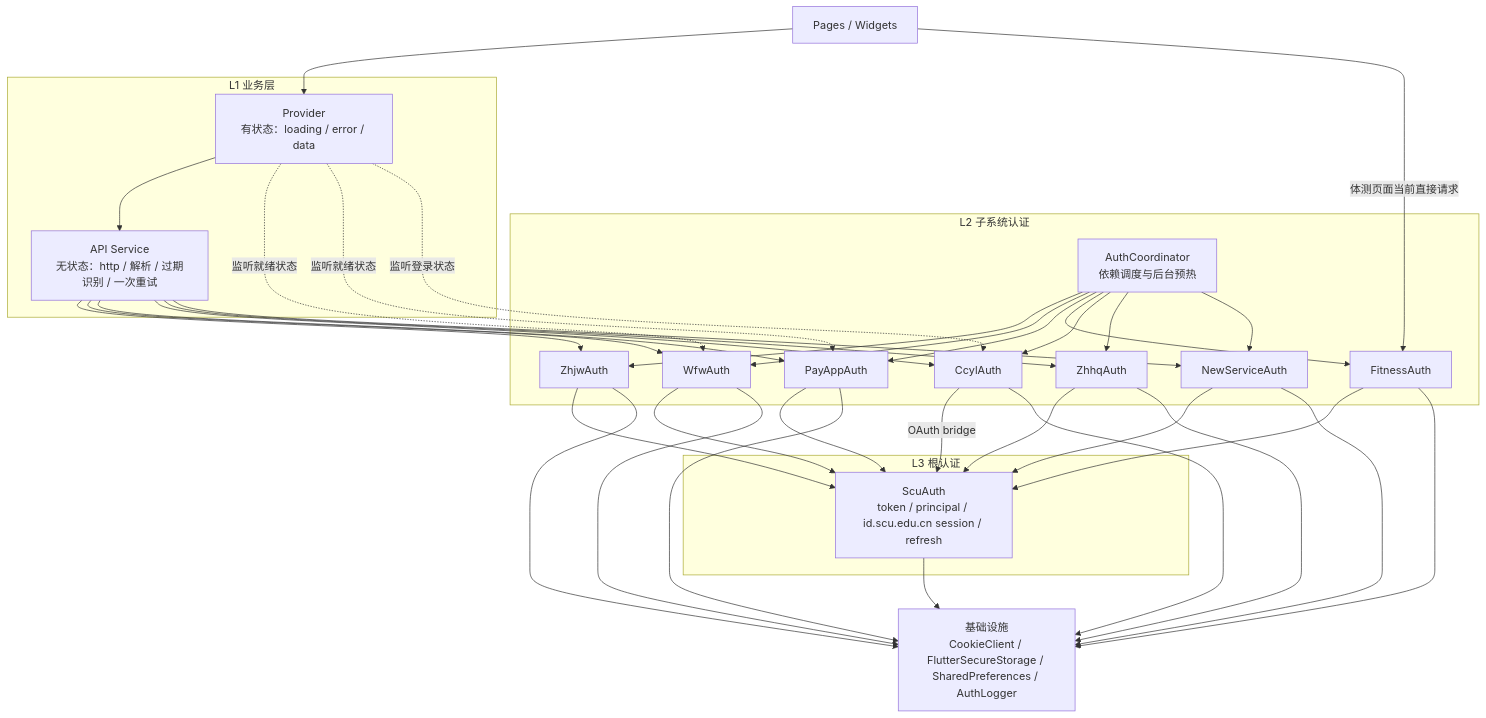
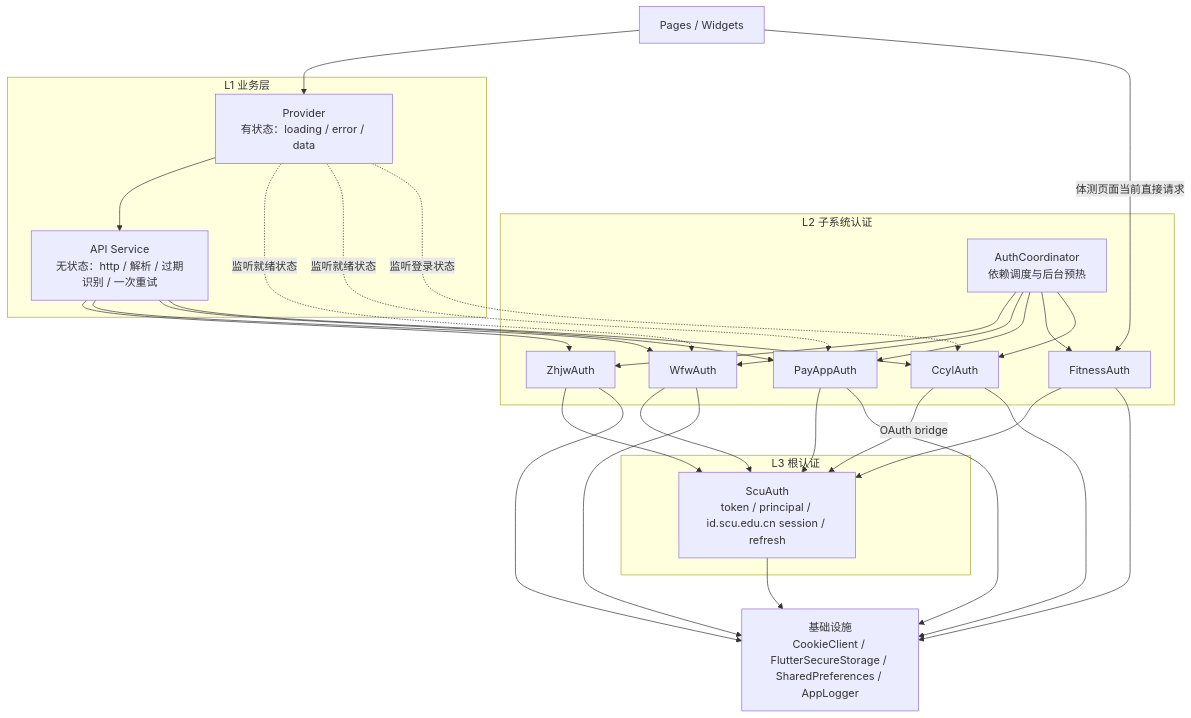
The first of 5 diagrams in docs/develop/architecture/authentication.md (The-Brotherhood-of-SCU/Bugaoshan_docs_page), drawn with Mermaid before and after one commit. The commit also changed other lines of this file and 33 other files, not shown here.

````diff
--- a/docs/develop/architecture/authentication.md
+++ b/docs/develop/architecture/authentication.md
@@ -47,61 +44,51 @@
 ```mermaid
 flowchart TB
     UI[Pages / Widgets]
 
     subgraph L1["L1 业务层"]
         P["Provider<br/>有状态：loading / error / data"]
         API["API Service<br/>无状态：http / 解析 / 过期识别 / 一次重试"]
     end
 
     subgraph L2["L2 子系统认证"]
         AC["AuthCoordinator<br/>依赖调度与后台预热"]
         ZA[ZhjwAuth]
         WA[WfwAuth]
         PA[PayAppAuth]
         FA[FitnessAuth]
         CA[CcylAuth]
-        ZHA[ZhhqAuth]
-        NSA[NewServiceAuth]
     end
 
     subgraph L3["L3 根认证"]
         SA["ScuAuth<br/>token / principal / id.scu.edu.cn session / refresh"]
     end
 
-    INFRA["基础设施<br/>CookieClient / FlutterSecureStorage / SharedPreferences / AuthLogger"]
+    INFRA["基础设施<br/>CookieClient / FlutterSecureStorage / SharedPreferences / AppLogger"]
 
     UI --> P
     P --> API
     P -.监听就绪状态.-> WA
     P -.监听就绪状态.-> PA
     P -.监听登录状态.-> CA
     API --> ZA
     API --> WA
     API --> PA
     API --> CA
-    API --> ZHA
-    API --> NSA
     UI -->|体测页面当前直接请求| FA
     ZA --> SA
     WA --> SA
     PA --> SA
     FA --> SA
     CA -->|OAuth bridge| SA
-    ZHA --> SA
-    NSA --> SA
     AC --> ZA
     AC --> WA
     AC --> PA
     AC --> FA
     AC --> CA
-    AC --> ZHA
-    AC --> NSA
     SA --> INFRA
     ZA --> INFRA
     WA --> INFRA
     PA --> INFRA
     FA --> INFRA
     CA --> INFRA
-    ZHA --> INFRA
-    NSA --> INFRA
 ```
````
